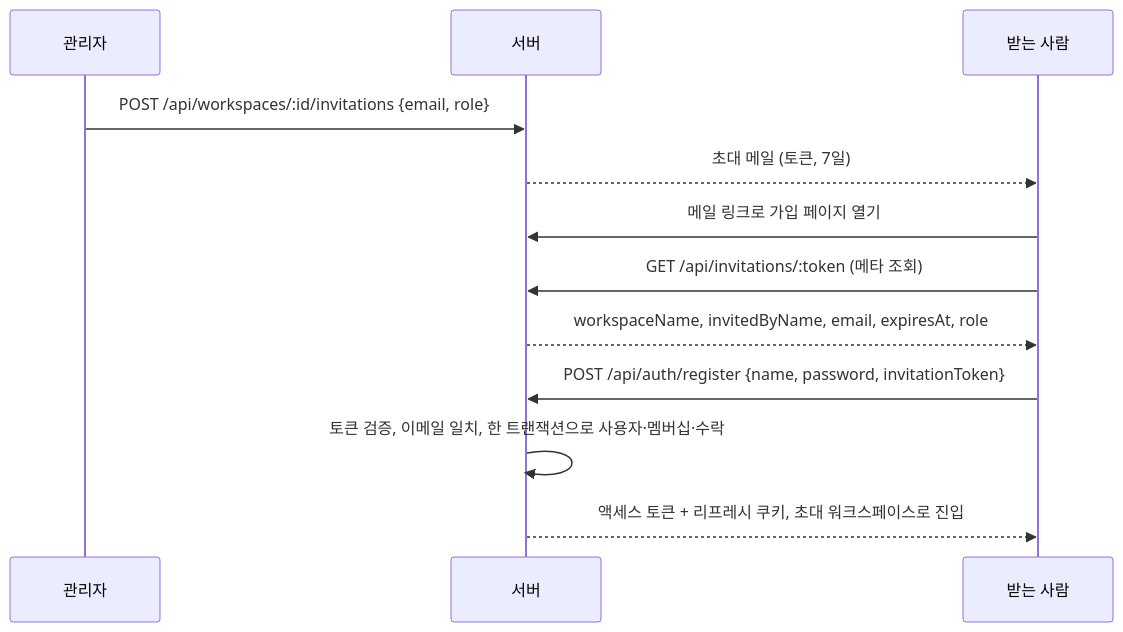
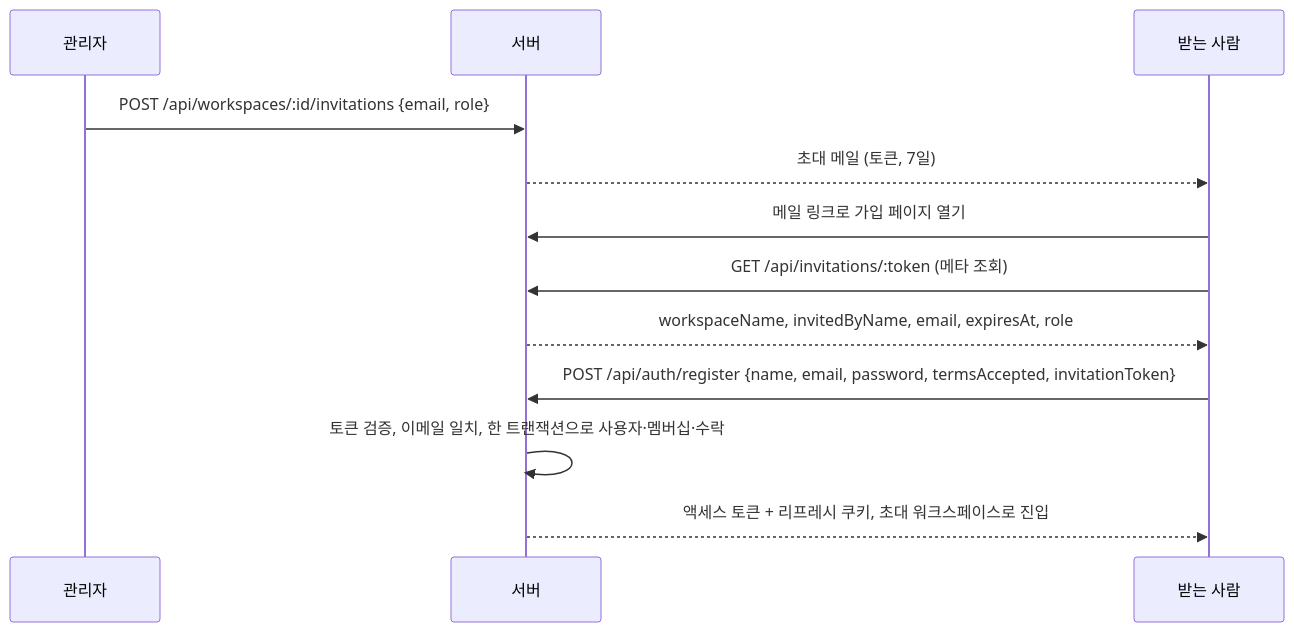
Before and after one commit to worker-ants/clemvion: the diagram in spec/CLE-ACCT/CLE-ACCT-WS.md, drawn with Mermaid. The commit also changed other lines of this file and 7 other files, not shown here.

````diff
--- a/spec/CLE-ACCT/CLE-ACCT-WS.md
+++ b/spec/CLE-ACCT/CLE-ACCT-WS.md
@@ -302,14 +302,14 @@
 ```mermaid
 sequenceDiagram
   participant A as 관리자
   participant S as 서버
   participant R as 받는 사람
   A->>S: POST /api/workspaces/:id/invitations {email, role}
   S-->>R: 초대 메일 (토큰, 7일)
   R->>S: 메일 링크로 가입 페이지 열기
   R->>S: GET /api/invitations/:token (메타 조회)
   S-->>R: workspaceName, invitedByName, email, expiresAt, role
-  R->>S: POST /api/auth/register {name, password, invitationToken}
+  R->>S: POST /api/auth/register {name, email, password, termsAccepted, invitationToken}
   S->>S: 토큰 검증, 이메일 일치, 한 트랜잭션으로 사용자·멤버십·수락
   S-->>R: 액세스 토큰 + 리프레시 쿠키, 초대 워크스페이스로 진입
 ```
````
